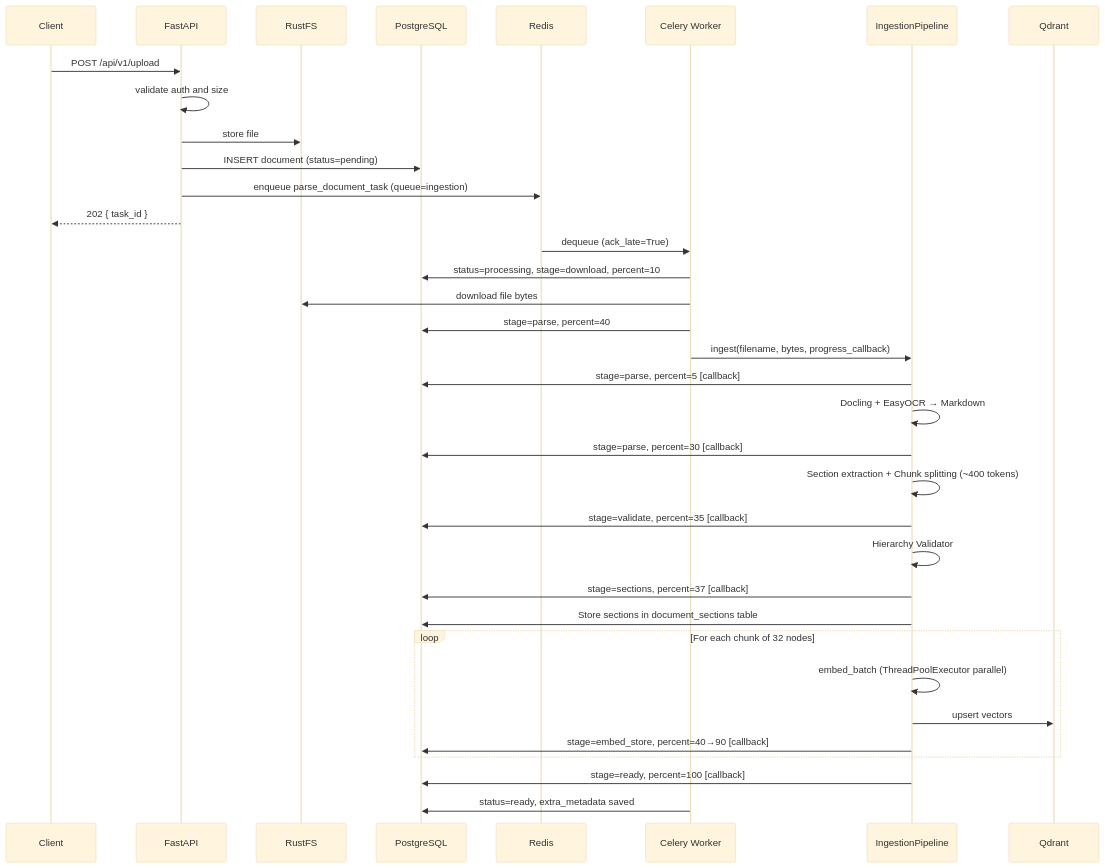
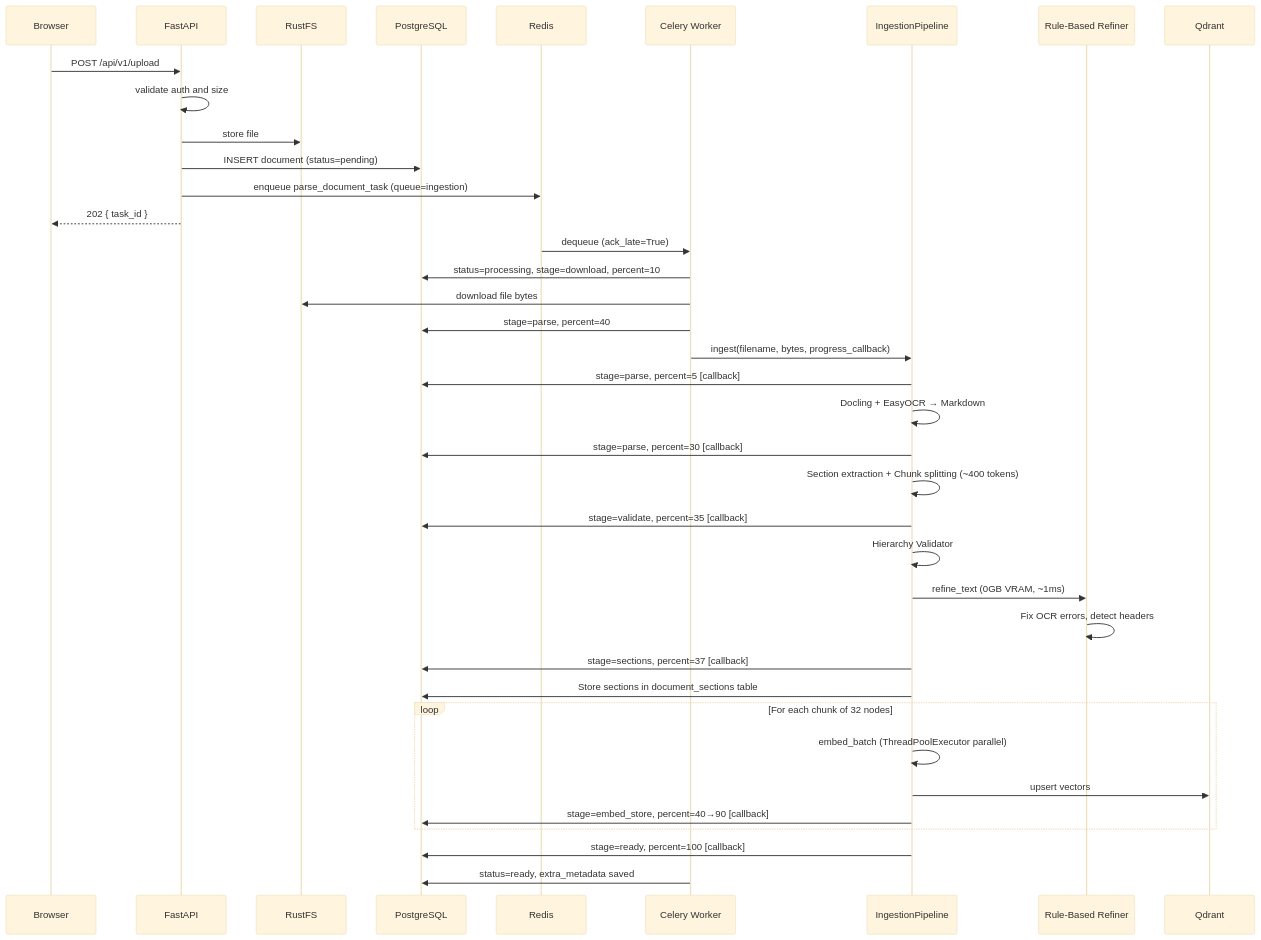
One commit to qtuanph/chatbot-rag changed the first of 3 diagrams in docs/03_CORE_WORKFLOWS.md. Above: the diagram before and after it, drawn with Mermaid (base theme). The commit also changed other lines of this file and 25 other files, not shown here.

First line of the commit message:
feat: Enhance AI provider functionality and refine text processing

````diff
--- a/docs/03_CORE_WORKFLOWS.md
+++ b/docs/03_CORE_WORKFLOWS.md
@@ -7,43 +7,46 @@
 ```mermaid
 sequenceDiagram
-    participant Client
+    participant Browser
     participant API as FastAPI
     participant RustFS
     participant DB as PostgreSQL
     participant Redis
     participant Worker as Celery Worker
     participant Pipeline as IngestionPipeline
+    participant Refiner as Rule-Based Refiner
     participant Qdrant
 
-    Client->>API: POST /api/v1/upload
+    Browser->>API: POST /api/v1/upload
     API->>API: validate auth and size
     API->>RustFS: store file
     API->>DB: INSERT document (status=pending)
     API->>Redis: enqueue parse_document_task (queue=ingestion)
-    API-->>Client: 202 { task_id }
+    API-->>Browser: 202 { task_id }
 
     Redis->>Worker: dequeue (ack_late=True)
     Worker->>DB: status=processing, stage=download, percent=10
     Worker->>RustFS: download file bytes
 
     Worker->>DB: stage=parse, percent=40
     Worker->>Pipeline: ingest(filename, bytes, progress_callback)
 
     Pipeline->>DB: stage=parse, percent=5  [callback]
     Pipeline->>Pipeline: Docling + EasyOCR → Markdown
     Pipeline->>DB: stage=parse, percent=30 [callback]
     Pipeline->>Pipeline: Section extraction + Chunk splitting (~400 tokens)
     Pipeline->>DB: stage=validate, percent=35 [callback]
     Pipeline->>Pipeline: Hierarchy Validator
+    Pipeline->>Refiner: refine_text (0GB VRAM, ~1ms)
+    Refiner->>Refiner: Fix OCR errors, detect headers
     Pipeline->>DB: stage=sections, percent=37 [callback]
     Pipeline->>DB: Store sections in document_sections table
 
     loop For each chunk of 32 nodes
         Pipeline->>Pipeline: embed_batch (ThreadPoolExecutor parallel)
         Pipeline->>Qdrant: upsert vectors
         Pipeline->>DB: stage=embed_store, percent=40→90 [callback]
     end
 
     Pipeline->>DB: stage=ready, percent=100 [callback]
     Worker->>DB: status=ready, extra_metadata saved
 ```
````
